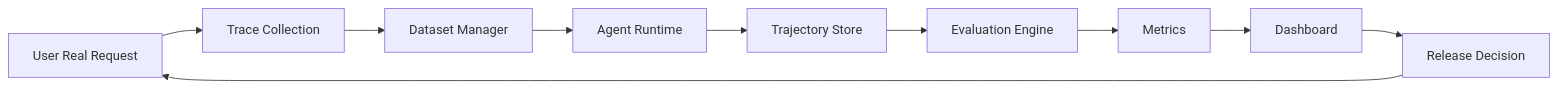
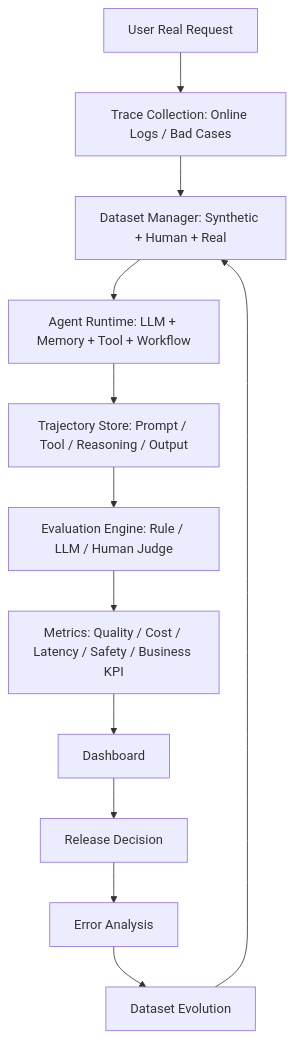
One commit to lfire/agent-eval changed the third of 20 diagrams in agent-eval-system-tutorial/Agent评测系统搭建完全教程.md. Above: the diagram before and after it, drawn with Mermaid. The commit also changed other lines of this file and 1 other file, not shown here.

Commit message:
fix: 重绘第八篇图 3 为纵向闭环架构，还原原视频流程与回流
- 原图 3 把纵向闭环压成两行卡片网格，丢失流程顺序、容器分组与两段回流关系
- 按用户提供的原视频截图重绘：Metrics 容器（5 类指标）→ Dashboard → Release Decision
  → Error Analysis / User Real Request → Trace Collection / Dataset Evolution
  → Dataset Manager → Agent Runtime → Trajectory Store → Evaluation Engine（3 类 Judge）
  → 右侧长回流线回到 Metrics，构成完整闭环
- 节点与子项文字逐字保留（此前 LLM+Memory、Rule/LLM/Human Judge 等被截断）
- 同步第 3 章正文、note、节点表、版式说明与 MD 的 Mermaid 图 3（flowchart TB 闭环）
- 图注改为「完整 Evaluation System 纵向闭环架构（按画面重绘）」，图文版与阅读页一致
- 全站 280 张 SVG 几何 / 交付审计 / 历史回归 / 内容终审均 0 问题

````diff
--- a/agent-eval-system-tutorial/Agent评测系统搭建完全教程.md
+++ b/agent-eval-system-tutorial/Agent评测系统搭建完全教程.md
@@ -122,4 +122,9 @@
 ```mermaid
-flowchart LR
- A["User Real Request"] --> B["Trace Collection"] --> C["Dataset Manager"] --> D["Agent Runtime"] --> E["Trajectory Store"] --> F["Evaluation Engine"] --> G["Metrics"] --> H["Dashboard"] --> I["Release Decision"] --> A
+flowchart TB
+ U["User Real Request"] --> TC["Trace Collection: Online Logs / Bad Cases"]
+ RD["Release Decision"] --> EA["Error Analysis"] --> DE["Dataset Evolution"]
+ TC --> DM["Dataset Manager: Synthetic + Human + Real"]
+ DE --> DM
+ DM --> AR["Agent Runtime: LLM + Memory + Tool + Workflow"] --> TS["Trajectory Store: Prompt / Tool / Reasoning / Output"] --> EE["Evaluation Engine: Rule / LLM / Human Judge"]
+ EE --> M["Metrics: Quality / Cost / Latency / Safety / Business KPI"] --> D["Dashboard"] --> RD
 ```
````
